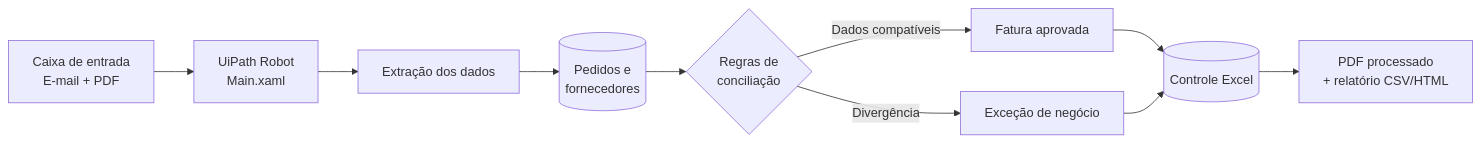
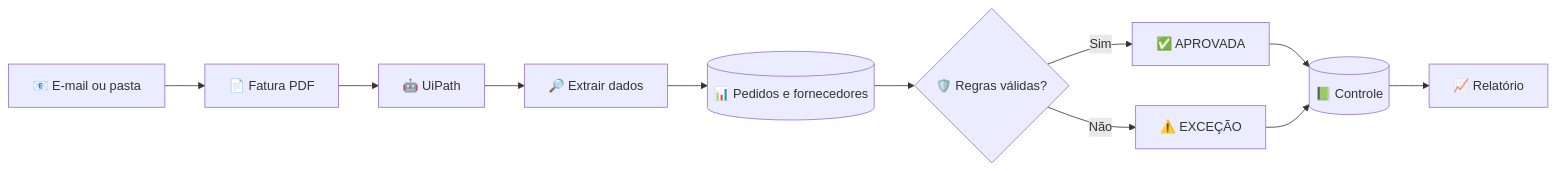
Before and after one commit to geovatatsuga/automacao-conciliacao-faturas-pedidos: the first of 2 diagrams in README.md, drawn with Mermaid. The commit also changed other lines of this file, not shown here.

````diff
--- a/README.md
+++ b/README.md
@@ -25,12 +60,13 @@
 ```mermaid
 flowchart LR
-    A[Caixa de entrada<br/>E-mail + PDF] --> B[UiPath Robot<br/>Main.xaml]
-    B --> C[Extração dos dados]
-    C --> D[(Pedidos e<br/>fornecedores)]
-    D --> E{Regras de<br/>conciliação}
-    E -->|Dados compatíveis| F[Fatura aprovada]
-    E -->|Divergência| G[Exceção de negócio]
-    F --> H[(Controle Excel)]
-    G --> H
-    H --> I[PDF processado<br/>+ relatório CSV/HTML]
+    A[📧 E-mail ou pasta] --> B[📄 Fatura PDF]
+    B --> C[🤖 UiPath]
+    C --> D[🔎 Extrair dados]
+    D --> E[(📊 Pedidos e fornecedores)]
+    E --> F{🛡️ Regras válidas?}
+    F -->|Sim| G[✅ APROVADA]
+    F -->|Não| H[⚠️ EXCEÇÃO]
+    G --> I[(📗 Controle)]
+    H --> I
+    I --> J[📈 Relatório]
 ```
````
